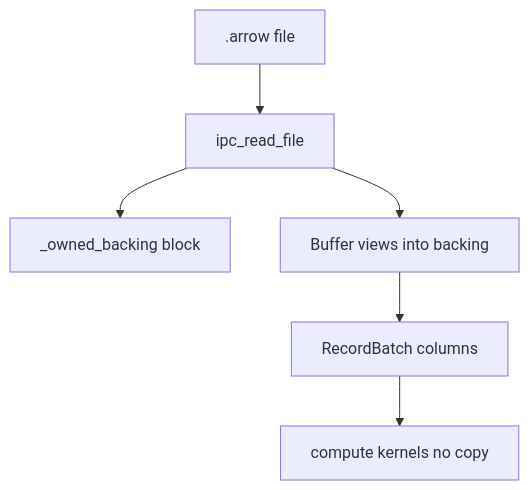
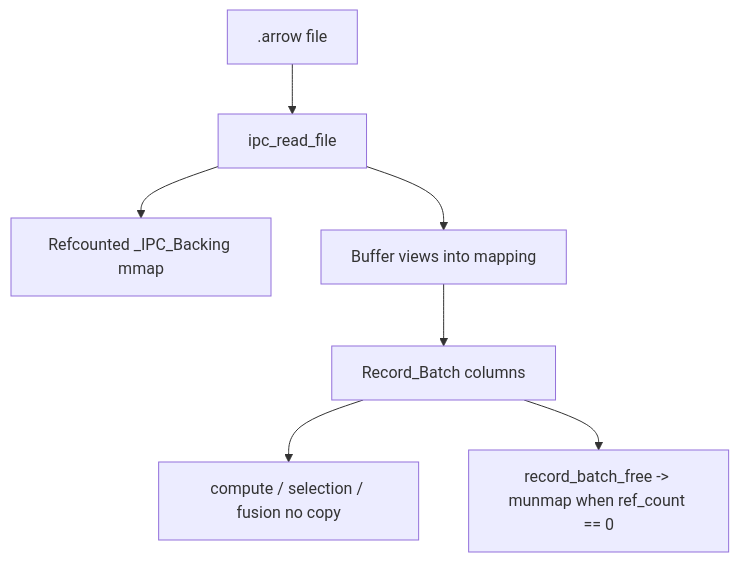
The third of 3 diagrams in docs/Cursor.md (boxxxie/OdinArrow), drawn with Mermaid before and after one commit. The commit also changed other lines of this file and 5 other files, not shown here.

````diff
--- a/docs/Cursor.md
+++ b/docs/Cursor.md
@@ -447,8 +308,9 @@
 ```mermaid
 flowchart TD
     FILE[.arrow file] --> READ[ipc_read_file]
-    READ --> BACKING[_owned_backing block]
-    READ --> VIEWS[Buffer views into backing]
-    VIEWS --> RB[RecordBatch columns]
-    RB --> COMP[compute kernels no copy]
+    READ --> BACKING[Refcounted _IPC_Backing mmap]
+    READ --> VIEWS[Buffer views into mapping]
+    VIEWS --> RB[Record_Batch columns]
+    RB --> COMP[compute / selection / fusion no copy]
+    RB --> DROP[record_batch_free -> munmap when ref_count == 0]
 ```
````
